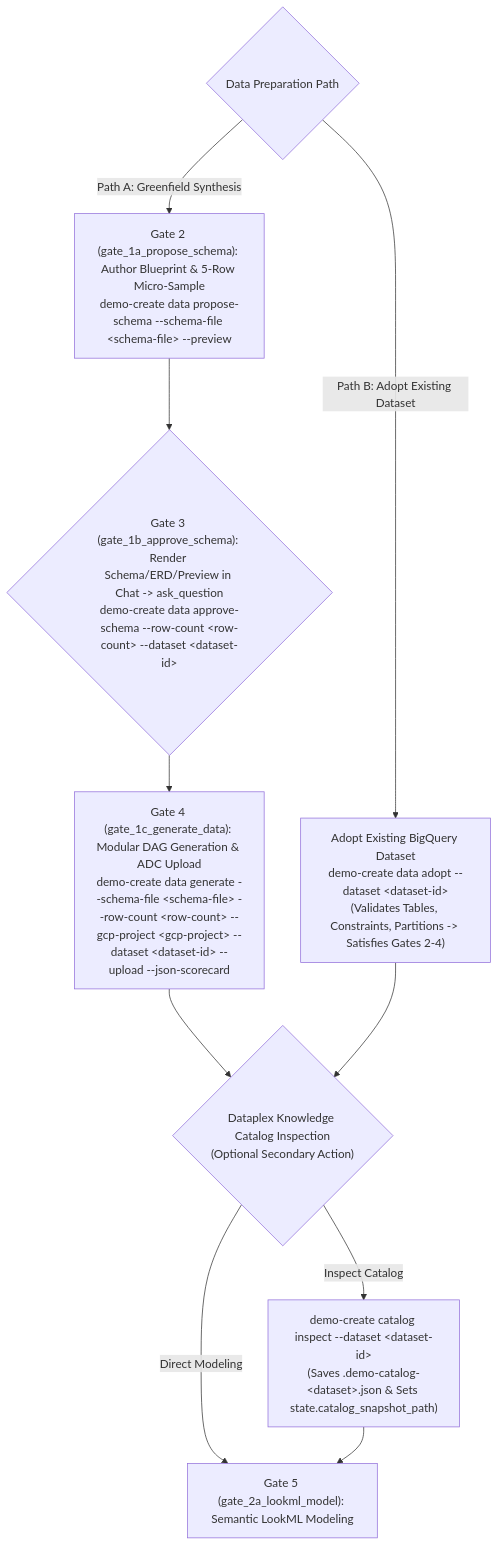
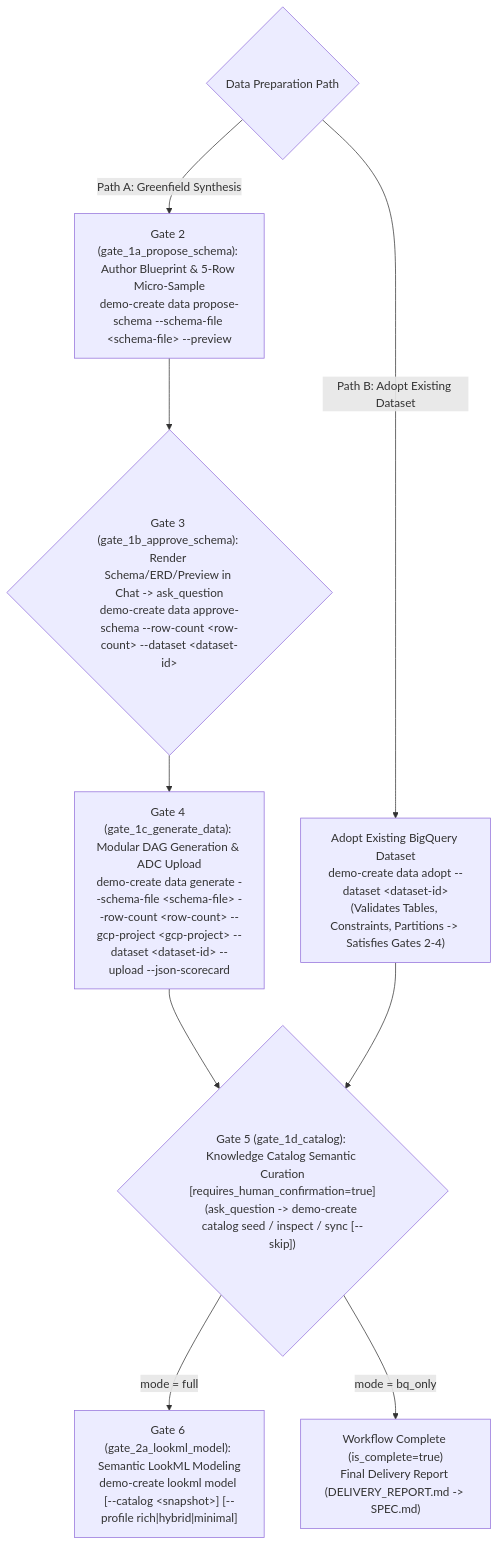
The second of 3 diagrams in skills/looker-demo-orchestrator/SKILL.md (lkrdev/looker-demo-cli), drawn with Mermaid before and after one commit. The commit also changed other lines of this file and 13 other files, not shown here.

Commit message:
feat(gates): add Knowledge Catalog human checkpoint (Gate 5) and dual deployment modes (full vs bq_only)

````diff
--- a/skills/looker-demo-orchestrator/SKILL.md
+++ b/skills/looker-demo-orchestrator/SKILL.md
@@ -215,12 +229,11 @@
 ```mermaid
 graph TD
     DataChoice{Data Preparation Path} -->|Path A: Greenfield Synthesis| A["Gate 2 (gate_1a_propose_schema): Author Blueprint & 5-Row Micro-Sample<br/>demo-create data propose-schema --schema-file &lt;schema-file&gt; --preview"]
     A --> B{"Gate 3 (gate_1b_approve_schema): Render Schema/ERD/Preview in Chat -> ask_question<br/>demo-create data approve-schema --row-count &lt;row-count&gt; --dataset &lt;dataset-id&gt;"}
     B --> C["Gate 4 (gate_1c_generate_data): Modular DAG Generation & ADC Upload<br/>demo-create data generate --schema-file &lt;schema-file&gt; --row-count &lt;row-count&gt; --gcp-project &lt;gcp-project&gt; --dataset &lt;dataset-id&gt; --upload --json-scorecard"]
     DataChoice -->|Path B: Adopt Existing Dataset| D["Adopt Existing BigQuery Dataset<br/>demo-create data adopt --dataset &lt;dataset-id&gt;<br/>(Validates Tables, Constraints, Partitions -> Satisfies Gates 2-4)"]
-    C --> PreGate5{"Dataplex Knowledge Catalog Inspection<br/>(Optional Secondary Action)"}
-    D --> PreGate5
-    PreGate5 -->|Inspect Catalog| E["demo-create catalog inspect --dataset &lt;dataset-id&gt;<br/>(Saves .demo-catalog-&lt;dataset&gt;.json & Sets state.catalog_snapshot_path)"]
-    PreGate5 -->|Direct Modeling| F["Gate 5 (gate_2a_lookml_model): Semantic LookML Modeling"]
-    E --> F
+    C --> Gate5{"Gate 5 (gate_1d_catalog): Knowledge Catalog Semantic Curation<br/>[requires_human_confirmation=true]<br/>(ask_question -> demo-create catalog seed / inspect / sync [--skip])"}
+    D --> Gate5
+    Gate5 -->|mode = full| F["Gate 6 (gate_2a_lookml_model): Semantic LookML Modeling<br/>demo-create lookml model [--catalog &lt;snapshot&gt;] [--profile rich|hybrid|minimal]"]
+    Gate5 -->|mode = bq_only| BQComplete["Workflow Complete (is_complete=true)<br/>Final Delivery Report (DELIVERY_REPORT.md -> SPEC.md)"]
 ```
````
